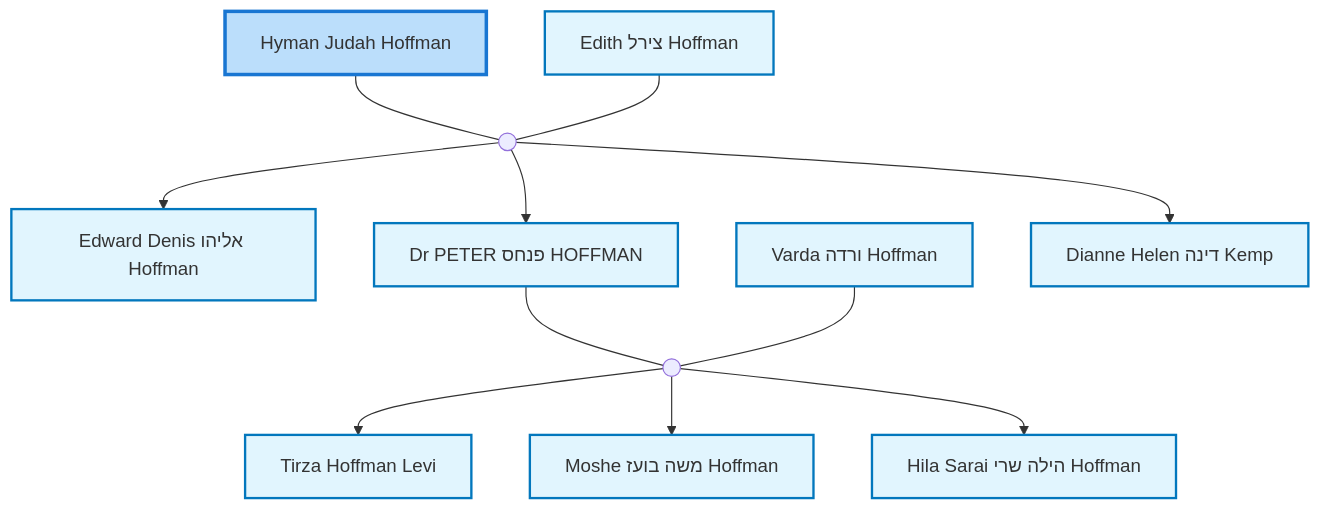
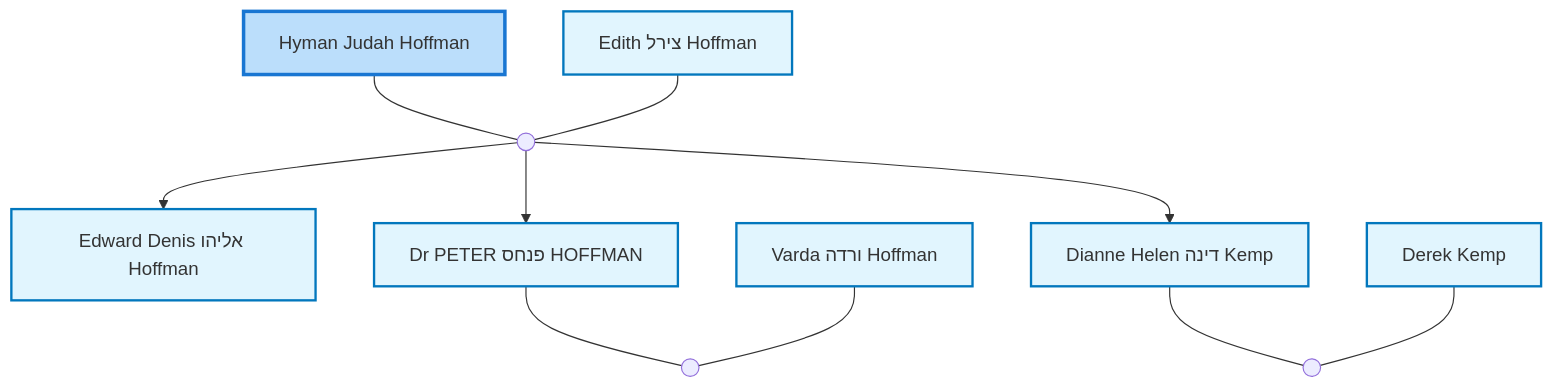
The third of 3 diagrams in site/content/profiles/Hyman Judah Hoffman.md (moshehoff/FamilyHistory), drawn with Mermaid before and after one commit. The commit also changed other lines of this file and 133 other files, not shown here.

Commit message:
Update Moshe Hoffman ID: I10 -> I11052340 and rename I38516664 biography

````diff
--- a/site/content/profiles/Hyman Judah Hoffman.md
+++ b/site/content/profiles/Hyman Judah Hoffman.md
@@ -82,45 +92,39 @@
 ```mermaid
 flowchart TD
 classDef person fill:#e1f5fe,stroke:#0277bd,stroke-width:2px;
 classDef internal-link fill:#e1f5fe,stroke:#0277bd,stroke-width:2px;
 classDef current fill:#bbdefb,stroke:#1976d2,stroke-width:3px;
-idI2["Hyman Judah Hoffman"]
-class idI2 current
-click idI2 "../profiles/Hyman-Judah-Hoffman" "Hyman Judah Hoffman"
-idI3["Edith צירל Hoffman"]
-class idI3 internal-link
-click idI3 "../profiles/Edith-%D7%A6%D7%99%D7%A8%D7%9C-Hoffman" "Edith צירל Hoffman"
-marriage_idF2((" "))
-idI2 --- marriage_idF2
-idI3 --- marriage_idF2
-idI7["Edward Denis אליהו Hoffman"]
-class idI7 internal-link
-click idI7 "../profiles/Edward-Denis-%D7%90%D7%9C%D7%99%D7%94%D7%95-Hoffman" "Edward Denis אליהו Hoffman"
-marriage_idF2 --> idI7
-idI1["Dr PETER פנחס HOFFMAN"]
-class idI1 internal-link
-click idI1 "../profiles/Dr-PETER-%D7%A4%D7%A0%D7%97%D7%A1-HOFFMAN" "Dr PETER פנחס HOFFMAN"
-marriage_idF2 --> idI1
-idI9["Varda ורדה Hoffman"]
-class idI9 internal-link
-click idI9 "../profiles/Varda-%D7%95%D7%A8%D7%93%D7%94-Hoffman" "Varda ורדה Hoffman"
-marriage_idF1((" "))
-idI1 --- marriage_idF1
-idI9 --- marriage_idF1
-idI4["Tirza Hoffman Levi"]
-class idI4 internal-link
-click idI4 "../profiles/Tirza-Hoffman-Levi" "Tirza Hoffman Levi"
-marriage_idF1 --> idI4
-idI5["Moshe משה בועז Hoffman"]
-class idI5 internal-link
-click idI5 "../profiles/Moshe-%D7%9E%D7%A9%D7%94-%D7%91%D7%95%D7%A2%D7%96-Hoffman" "Moshe משה בועז Hoffman"
-marriage_idF1 --> idI5
-idI6["Hila Sarai הילה שרי Hoffman"]
-class idI6 internal-link
-click idI6 "../profiles/Hila-Sarai-%D7%94%D7%99%D7%9C%D7%94-%D7%A9%D7%A8%D7%99-Hoffman" "Hila Sarai הילה שרי Hoffman"
-marriage_idF1 --> idI6
-idI8["Dianne Helen דינה Kemp"]
-class idI8 internal-link
-click idI8 "../profiles/Dianne-Helen-%D7%93%D7%99%D7%A0%D7%94-Kemp" "Dianne Helen דינה Kemp"
-marriage_idF2 --> idI8
+idI11052350["Hyman Judah Hoffman"]
+class idI11052350 current
+click idI11052350 "../profiles/Hyman-Judah-Hoffman" "Hyman Judah Hoffman"
+idI38516664["Edith צירל Hoffman"]
+class idI38516664 internal-link
+click idI38516664 "../profiles/Edith-%D7%A6%D7%99%D7%A8%D7%9C-Hoffman" "Edith צירל Hoffman"
+marriage_idF13161432((" "))
+idI11052350 --- marriage_idF13161432
+idI38516664 --- marriage_idF13161432
+idI38516763["Edward Denis אליהו Hoffman"]
+class idI38516763 internal-link
+click idI38516763 "../profiles/Edward-Denis-%D7%90%D7%9C%D7%99%D7%94%D7%95-Hoffman" "Edward Denis אליהו Hoffman"
+marriage_idF13161432 --> idI38516763
+idI11052359["Dr PETER פנחס HOFFMAN"]
+class idI11052359 internal-link
+click idI11052359 "../profiles/Dr-PETER-%D7%A4%D7%A0%D7%97%D7%A1-HOFFMAN" "Dr PETER פנחס HOFFMAN"
+marriage_idF13161432 --> idI11052359
+idI38517487["Varda ורדה Hoffman"]
+class idI38517487 internal-link
+click idI38517487 "../profiles/Varda-%D7%95%D7%A8%D7%93%D7%94-Hoffman" "Varda ורדה Hoffman"
+marriage_idF13161723((" "))
+idI11052359 --- marriage_idF13161723
+idI38517487 --- marriage_idF13161723
+idI38516790["Dianne Helen דינה Kemp"]
+class idI38516790 internal-link
+click idI38516790 "../profiles/Dianne-Helen-%D7%93%D7%99%D7%A0%D7%94-Kemp" "Dianne Helen דינה Kemp"
+marriage_idF13161432 --> idI38516790
+idI38739432["Derek Kemp"]
+class idI38739432 internal-link
+click idI38739432 "../profiles/Derek-Kemp" "Derek Kemp"
+marriage_idF13237018((" "))
+idI38516790 --- marriage_idF13237018
+idI38739432 --- marriage_idF13237018
 ```
````
